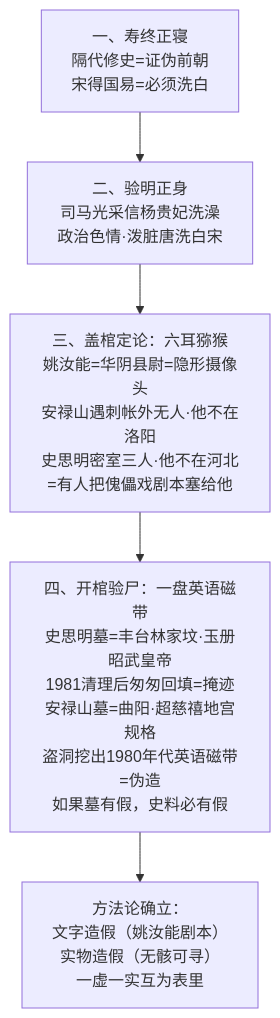
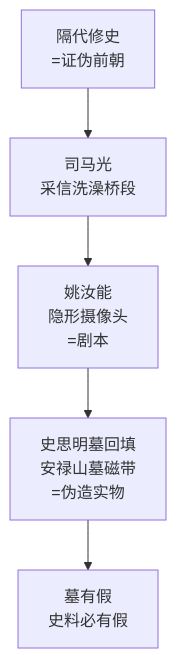
The third of 6 diagrams in analysis/原文结构flowchart_第08章.md (Seek-Key-LTD/kunpengzhi-podcast), drawn with Mermaid before and after one commit. The commit also changed other lines of this file, not shown here.

Commit message:
原文flowchart精简自解释版(mermaid原生渲染)

````diff
--- a/analysis/原文结构flowchart_第08章.md
+++ b/analysis/原文结构flowchart_第08章.md
@@ -33,7 +31,7 @@
 ```mermaid
 flowchart TD
-    T1[一、寿终正寝<br/>隔代修史=证伪前朝<br/>宋得国易=必须洗白] --> T2[二、验明正身<br/>司马光采信杨贵妃洗澡<br/>政治色情·泼脏唐洗白宋]
-    T2 --> T3[三、盖棺定论：六耳猕猴<br/>姚汝能=华阴县尉=隐形摄像头<br/>安禄山遇刺帐外无人·他不在洛阳<br/>史思明密室三人·他不在河北<br/>=有人把傀儡戏剧本塞给他]
-    T3 --> T4[四、开棺验尸：一盘英语磁带<br/>史思明墓=丰台林家坟·玉册昭武皇帝<br/>1981清理后匆匆回填=掩迹<br/>安禄山墓=曲阳·超慈禧地宫规格<br/>盗洞挖出1980年代英语磁带=伪造<br/>如果墓有假，史料必有假]
-    T4 --> R2[方法论确立：<br/>文字造假（姚汝能剧本）<br/>实物造假（无骸可寻）<br/>一虚一实互为表里]
+    A[隔代修史<br/>=证伪前朝] --> B[司马光<br/>采信洗澡桥段]
+    B --> C[姚汝能<br/>隐形摄像头<br/>=剧本]
+    C --> D[史思明墓回填<br/>安禄山墓磁带<br/>=伪造实物]
+    D --> E[墓有假<br/>史料必有假]
 ```
````
